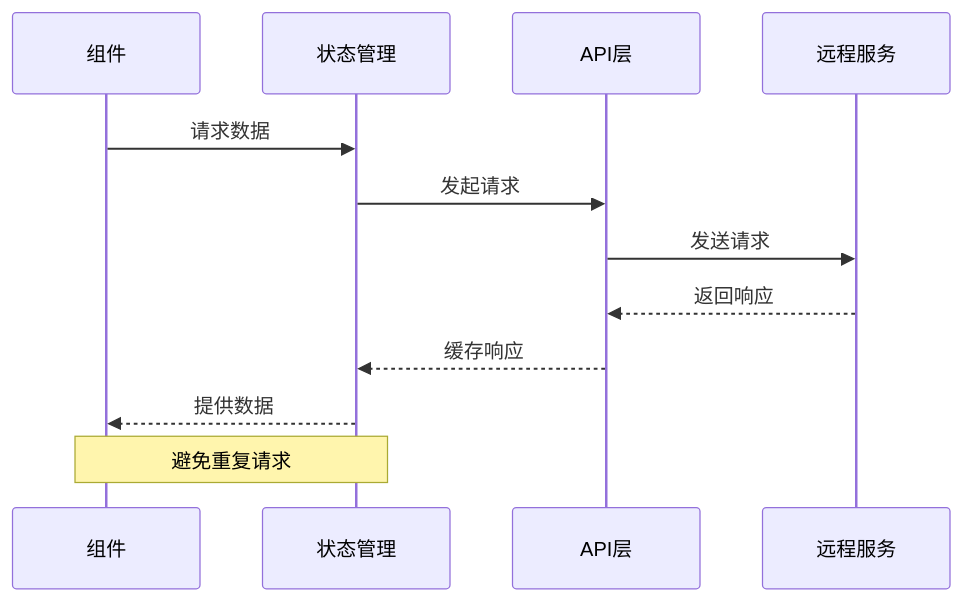
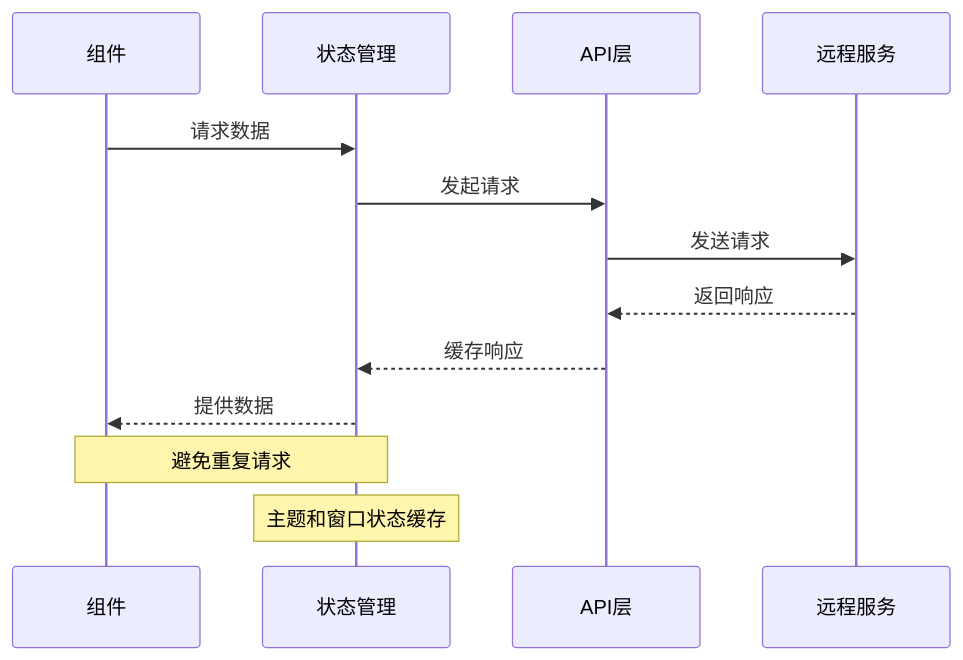
Diagram 17 of 24 in .qoder/repowiki/zh/content/架构设计/桌面端架构设计/前端架构设计/Vue组件系统架构.md (itsharex/NexTunnel), drawn with Mermaid before and after one commit. The commit also changed other lines of this file and 41 other files, not shown here.

````diff
--- a/.qoder/repowiki/zh/content/架构设计/桌面端架构设计/前端架构设计/Vue组件系统架构.md
+++ b/.qoder/repowiki/zh/content/架构设计/桌面端架构设计/前端架构设计/Vue组件系统架构.md
@@ -413,14 +484,15 @@
 ```mermaid
 sequenceDiagram
 participant C as 组件
 participant S as 状态管理
 participant A as API层
 participant R as 远程服务
 C->>S : 请求数据
 S->>A : 发起请求
 A->>R : 发送请求
 R-->>A : 返回响应
 A-->>S : 缓存响应
 S-->>C : 提供数据
 Note over C,S : 避免重复请求
+Note over S : 主题和窗口状态缓存
 ```
````
